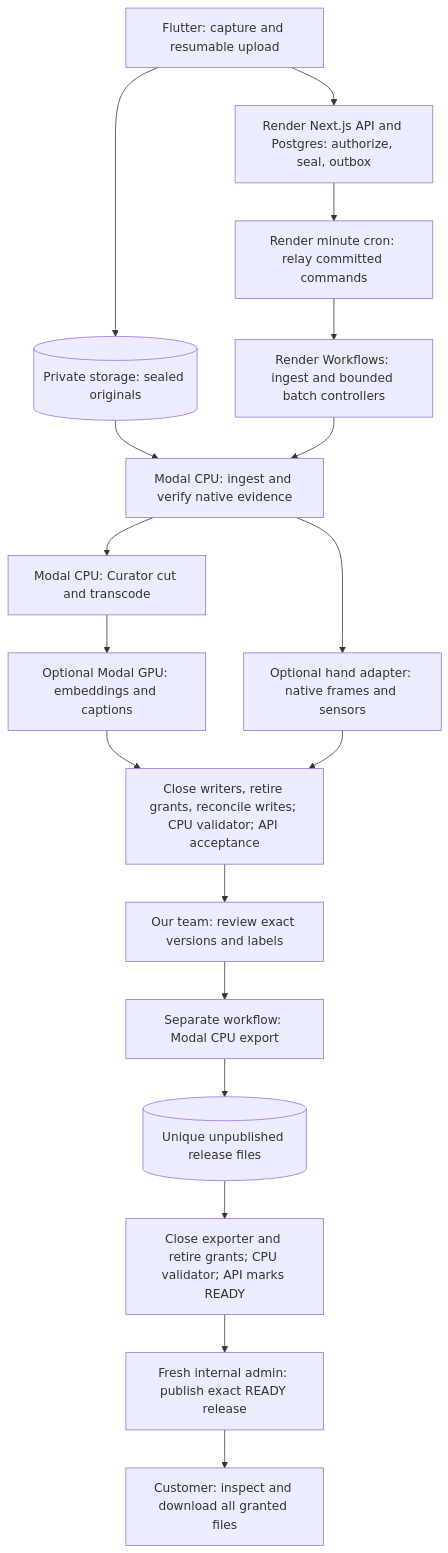
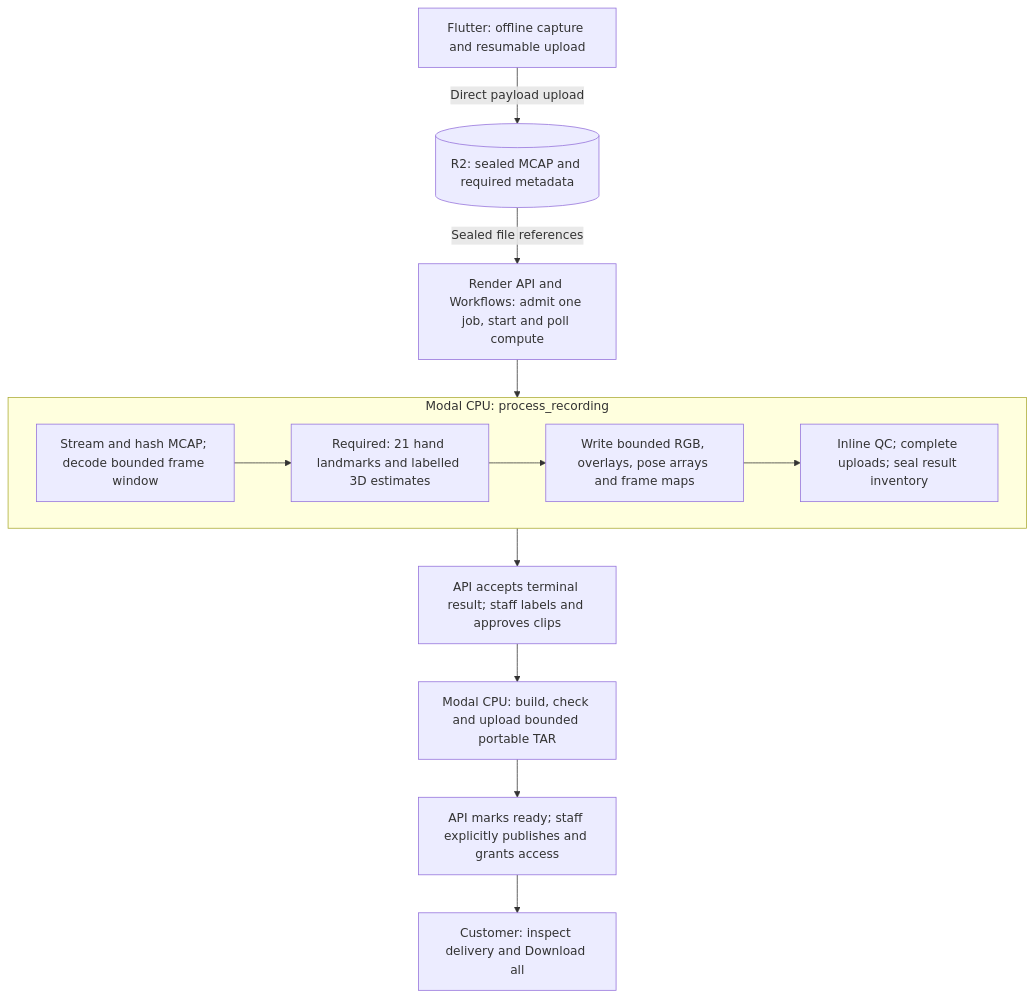
The diagram in docs/figures/processing-stages.mmd (StateAction-ai/stateaction), drawn with Mermaid before and after one commit. The commit also changed 38 other files, not shown here.

Commit message:
docs: simplify MVP with local Render workflows and UI mocks

```diff
--- a/docs/figures/processing-stages.mmd
+++ b/docs/figures/processing-stages.mmd
@@ -1,18 +1,19 @@
 flowchart TD
-    phone["Flutter: capture and resumable upload"] --> raw[("Private storage: sealed originals")]
-    phone --> api["Render Next.js API and Postgres: authorize, seal, outbox"]
-    api --> relay["Render minute cron: relay committed commands"]
-    relay --> flow["Render Workflows: ingest and bounded batch controllers"]
-    raw --> ingest["Modal CPU: ingest and verify native evidence"]
-    flow --> ingest
-    ingest --> prep["Modal CPU: Curator cut and transcode"]
-    prep --> enrich["Optional Modal GPU: embeddings and captions"]
-    ingest --> hands["Optional hand adapter: native frames and sensors"]
-    enrich --> accepted["Close writers, retire grants, reconcile writes; CPU validator; API acceptance"]
-    hands --> accepted
-    accepted --> review["Our team: review exact versions and labels"]
-    review --> export["Separate workflow: Modal CPU export"]
-    export --> candidate[("Unique unpublished release files")]
-    candidate --> check["Close exporter and retire grants; CPU validator; API marks READY"]
-    check --> publish["Fresh internal admin: publish exact READY release"]
-    publish --> customer["Customer: inspect and download all granted files"]
+    capture["Flutter: offline capture and resumable upload"]
+    source[("R2: sealed MCAP and required metadata")]
+    dispatch["Render API and Workflows: admit one job, start and poll compute"]
+    subgraph process["Modal CPU: process_recording"]
+        extract["Stream and hash MCAP; decode bounded frame window"]
+        hands["Required: 21 hand landmarks and labelled 3D estimates"]
+        preview["Write bounded RGB, overlays, pose arrays and frame maps"]
+        qc["Inline QC; complete uploads; seal result inventory"]
+        extract --> hands --> preview --> qc
+    end
+    review["API accepts terminal result; staff labels and approves clips"]
+    export["Modal CPU: build, check and upload bounded portable TAR"]
+    publish["API marks ready; staff explicitly publishes and grants access"]
+    customer["Customer: inspect delivery and Download all"]
+    capture -->|"Direct payload upload"| source
+    source -->|"Sealed file references"| dispatch
+    dispatch --> process
+    process --> review --> export --> publish --> customer
```
